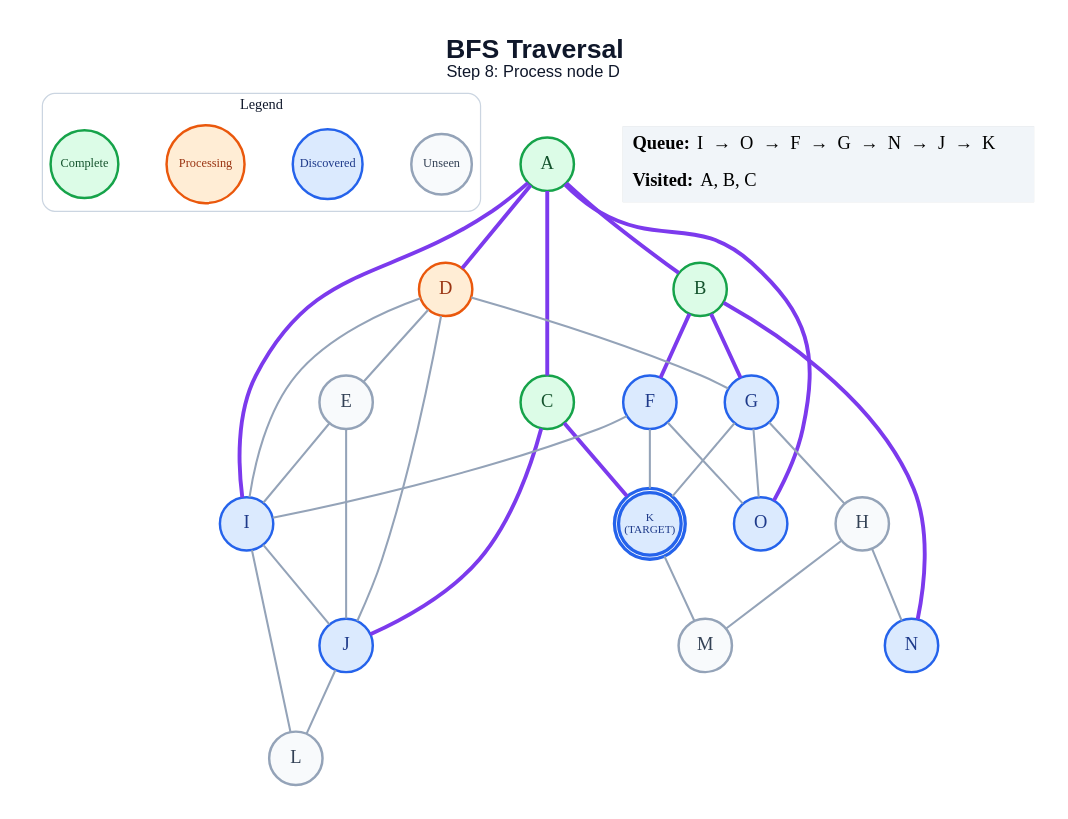
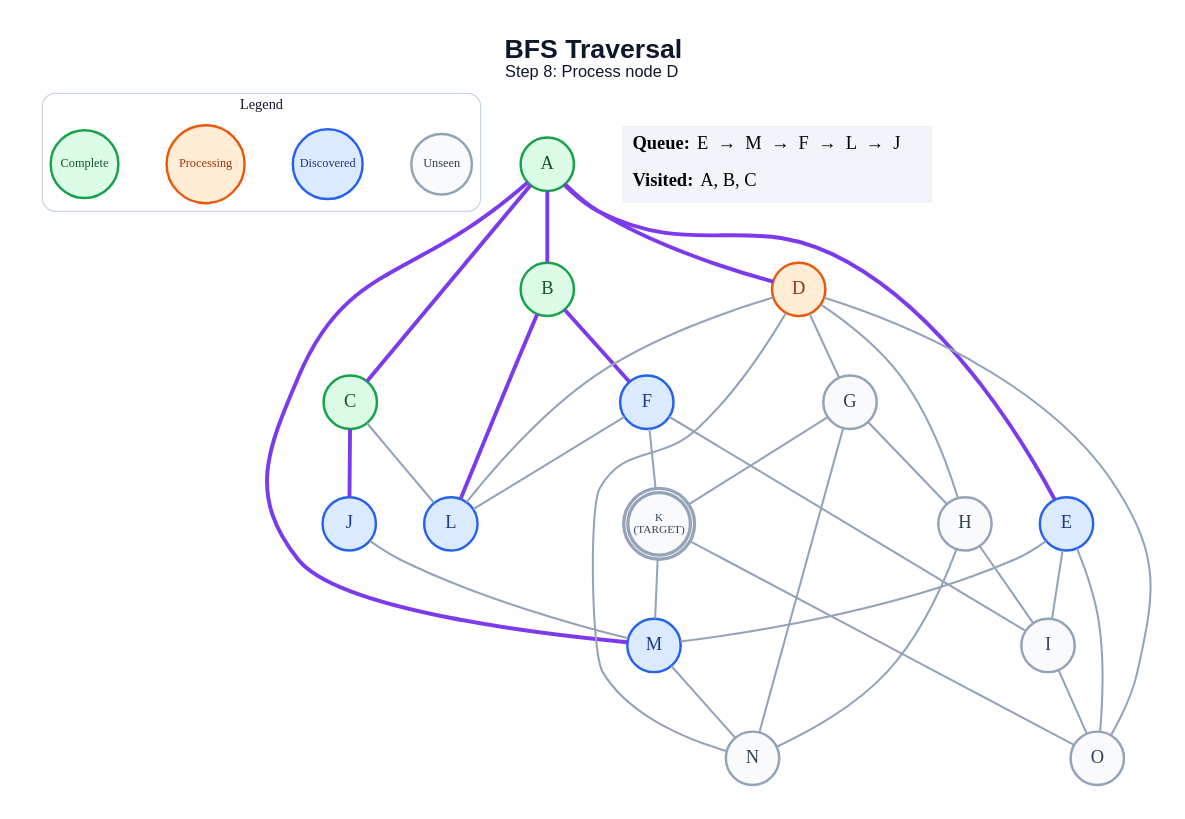
One commit to anon7238593-create/ai-slop changed the diagram in generated/specific-node/bfs/step_08.dot. Above: the diagram before and after it, drawn with Graphviz. The commit also changed 264 other files, not shown here.

```diff
--- a/generated/specific-node/bfs/step_08.dot
+++ b/generated/specific-node/bfs/step_08.dot
@@ -1,62 +1,64 @@
 graph traversal {
   graph [layout=dot, rankdir=TB, bgcolor="#FFFFFF", pad="0.35", nodesep="0.65", ranksep="0.8", fontname="Arial"];
   node [shape=circle, style="filled", fontname="Arial Bold", fontsize=18, width=0.72, fixedsize=true, penwidth=2.4];
   edge [color="#94A3B8", penwidth=2.0];
   label=<<B>BFS Traversal</B><BR/><FONT POINT-SIZE="16">Step 8: Process node D</FONT>>; labelloc="t"; fontsize=26; fontname="Arial"; fontcolor="#0F172A";
   subgraph cluster_legend { label="Legend"; color="#CBD5E1"; penwidth=1.2; style="rounded"; fontsize=14; fontname="Arial Bold";
     key_unseen [label="Unseen", fillcolor="#F8FAFC", color="#94A3B8", fontcolor="#334155", fontsize=12, width=0.82];
     key_frontier [label="Discovered", fillcolor="#DBEAFE", color="#2563EB", fontcolor="#1E3A8A", fontsize=12, width=0.95];
     key_current [label="Processing", fillcolor="#FFEDD5", color="#EA580C", fontcolor="#9A3412", fontsize=12, width=1.05];
     key_done [label="Complete", fillcolor="#DCFCE7", color="#16A34A", fontcolor="#14532D", fontsize=12, width=0.92];
     { rank=same; key_unseen; key_frontier; key_current; key_done; }
   }
   A [label="A", fillcolor="#DCFCE7", color="#16A34A", fontcolor="#14532D", peripheries=1, penwidth=2.4];
   B [label="B", fillcolor="#DCFCE7", color="#16A34A", fontcolor="#14532D", peripheries=1, penwidth=2.4];
   C [label="C", fillcolor="#DCFCE7", color="#16A34A", fontcolor="#14532D", peripheries=1, penwidth=2.4];
   D [label="D", fillcolor="#FFEDD5", color="#EA580C", fontcolor="#9A3412", peripheries=1, penwidth=2.4];
-  E [label="E", fillcolor="#F8FAFC", color="#94A3B8", fontcolor="#334155", peripheries=1, penwidth=2.4];
+  E [label="E", fillcolor="#DBEAFE", color="#2563EB", fontcolor="#1E3A8A", peripheries=1, penwidth=2.4];
   F [label="F", fillcolor="#DBEAFE", color="#2563EB", fontcolor="#1E3A8A", peripheries=1, penwidth=2.4];
-  G [label="G", fillcolor="#DBEAFE", color="#2563EB", fontcolor="#1E3A8A", peripheries=1, penwidth=2.4];
+  G [label="G", fillcolor="#F8FAFC", color="#94A3B8", fontcolor="#334155", peripheries=1, penwidth=2.4];
   H [label="H", fillcolor="#F8FAFC", color="#94A3B8", fontcolor="#334155", peripheries=1, penwidth=2.4];
-  I [label="I", fillcolor="#DBEAFE", color="#2563EB", fontcolor="#1E3A8A", peripheries=1, penwidth=2.4];
+  I [label="I", fillcolor="#F8FAFC", color="#94A3B8", fontcolor="#334155", peripheries=1, penwidth=2.4];
   J [label="J", fillcolor="#DBEAFE", color="#2563EB", fontcolor="#1E3A8A", peripheries=1, penwidth=2.4];
-  K [label="K\n(TARGET)", fillcolor="#DBEAFE", color="#2563EB", fontcolor="#1E3A8A", peripheries=2, penwidth=3.2, fontsize=11, width=0.85, height=0.85];
-  L [label="L", fillcolor="#F8FAFC", color="#94A3B8", fontcolor="#334155", peripheries=1, penwidth=2.4];
-  M [label="M", fillcolor="#F8FAFC", color="#94A3B8", fontcolor="#334155", peripheries=1, penwidth=2.4];
-  N [label="N", fillcolor="#DBEAFE", color="#2563EB", fontcolor="#1E3A8A", peripheries=1, penwidth=2.4];
-  O [label="O", fillcolor="#DBEAFE", color="#2563EB", fontcolor="#1E3A8A", peripheries=1, penwidth=2.4];
+  K [label="K\n(TARGET)", fillcolor="#F8FAFC", color="#94A3B8", fontcolor="#334155", peripheries=2, penwidth=3.2, fontsize=11, width=0.85, height=0.85];
+  L [label="L", fillcolor="#DBEAFE", color="#2563EB", fontcolor="#1E3A8A", peripheries=1, penwidth=2.4];
+  M [label="M", fillcolor="#DBEAFE", color="#2563EB", fontcolor="#1E3A8A", peripheries=1, penwidth=2.4];
+  N [label="N", fillcolor="#F8FAFC", color="#94A3B8", fontcolor="#334155", peripheries=1, penwidth=2.4];
+  O [label="O", fillcolor="#F8FAFC", color="#94A3B8", fontcolor="#334155", peripheries=1, penwidth=2.4];
   A -- B [color="#7C3AED", penwidth=3.8];
   A -- C [color="#7C3AED", penwidth=3.8];
   A -- D [color="#7C3AED", penwidth=3.8];
-  A -- I [color="#7C3AED", penwidth=3.8];
-  A -- O [color="#7C3AED", penwidth=3.8];
+  A -- E [color="#7C3AED", penwidth=3.8];
+  A -- M [color="#7C3AED", penwidth=3.8];
   B -- F [color="#7C3AED", penwidth=3.8];
-  B -- G [color="#7C3AED", penwidth=3.8];
-  B -- N [color="#7C3AED", penwidth=3.8];
+  B -- L [color="#7C3AED", penwidth=3.8];
   C -- J [color="#7C3AED", penwidth=3.8];
-  C -- K [color="#7C3AED", penwidth=3.8];
-  D -- E;
+  C -- L;
   D -- G;
-  D -- I;
-  D -- J;
+  D -- H;
+  D -- L;
+  D -- N;
+  D -- O;
   E -- I;
-  E -- J;
+  E -- M;
+  E -- O;
   F -- I;
   F -- K;
-  F -- O;
+  F -- L;
   G -- H;
   G -- K;
-  G -- O;
-  H -- M;
+  G -- N;
+  H -- I;
   H -- N;
-  I -- J;
-  I -- L;
-  J -- L;
+  I -- O;
+  J -- M;
   K -- M;
+  K -- O;
+  M -- N;
   status [shape=plain, fixedsize=false, width=0, height=0, margin=0, label=<
     <TABLE BORDER="0" CELLBORDER="0" CELLPADDING="7" BGCOLOR="#F1F5F9">
-      <TR><TD ALIGN="LEFT"><B>Queue:</B> I  →  O  →  F  →  G  →  N  →  J  →  K</TD></TR>
+      <TR><TD ALIGN="LEFT"><B>Queue:</B> E  →  M  →  F  →  L  →  J</TD></TR>
       <TR><TD ALIGN="LEFT"><B>Visited:</B> A, B, C</TD></TR>
     </TABLE>
   >];
 }
```
